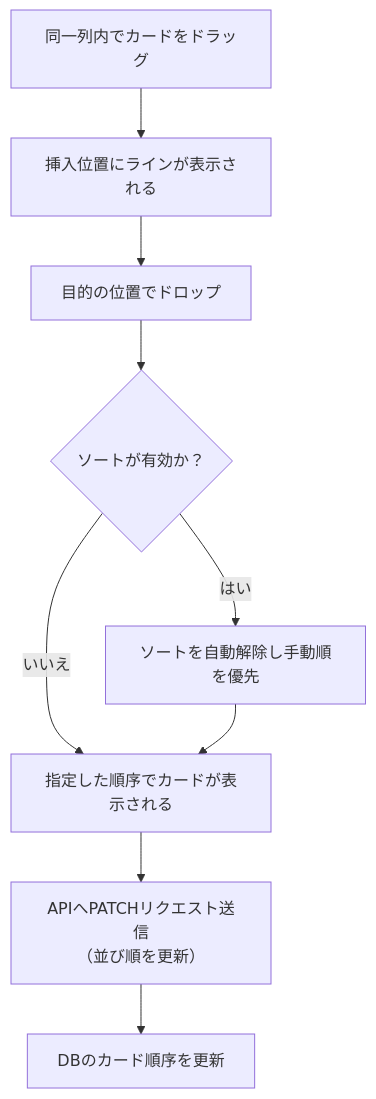
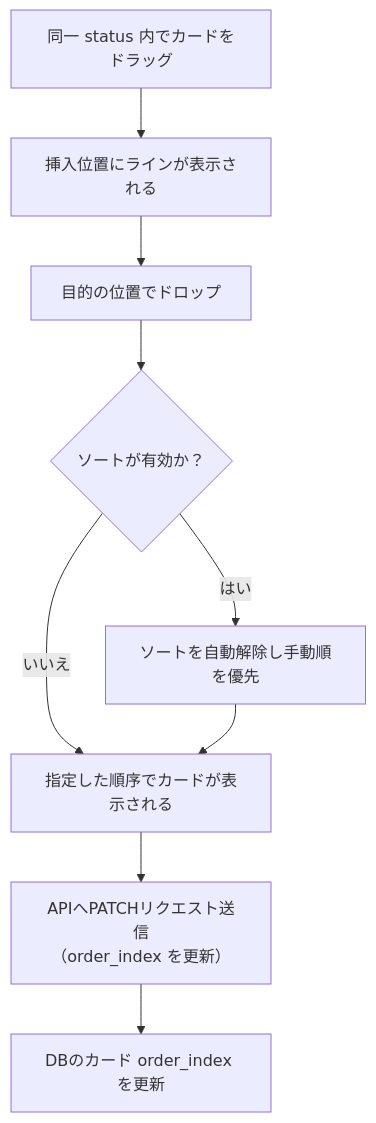
Before and after one commit to Masaki-0225/AIgakusyuu: the seventh of 7 diagrams in docs/functional-requirements.md, drawn with Mermaid. The commit also changed other lines of this file and 9 other files, not shown here.

````diff
--- a/docs/functional-requirements.md
+++ b/docs/functional-requirements.md
@@ -131,11 +133,11 @@
 ```mermaid
 flowchart TD
-    A["同一列内でカードをドラッグ"] --> B["挿入位置にラインが表示される"]
+    A["同一 status 内でカードをドラッグ"] --> B["挿入位置にラインが表示される"]
     B --> C["目的の位置でドロップ"]
     C --> D{"ソートが有効か？"}
     D -- はい --> E["ソートを自動解除し手動順を優先"]
     D -- いいえ --> F["指定した順序でカードが表示される"]
     E --> F
-    F --> G["APIへPATCHリクエスト送信\n（並び順を更新）"]
-    G --> H["DBのカード順序を更新"]
+    F --> G["APIへPATCHリクエスト送信\n（order_index を更新）"]
+    G --> H["DBのカード order_index を更新"]
 ```
````
